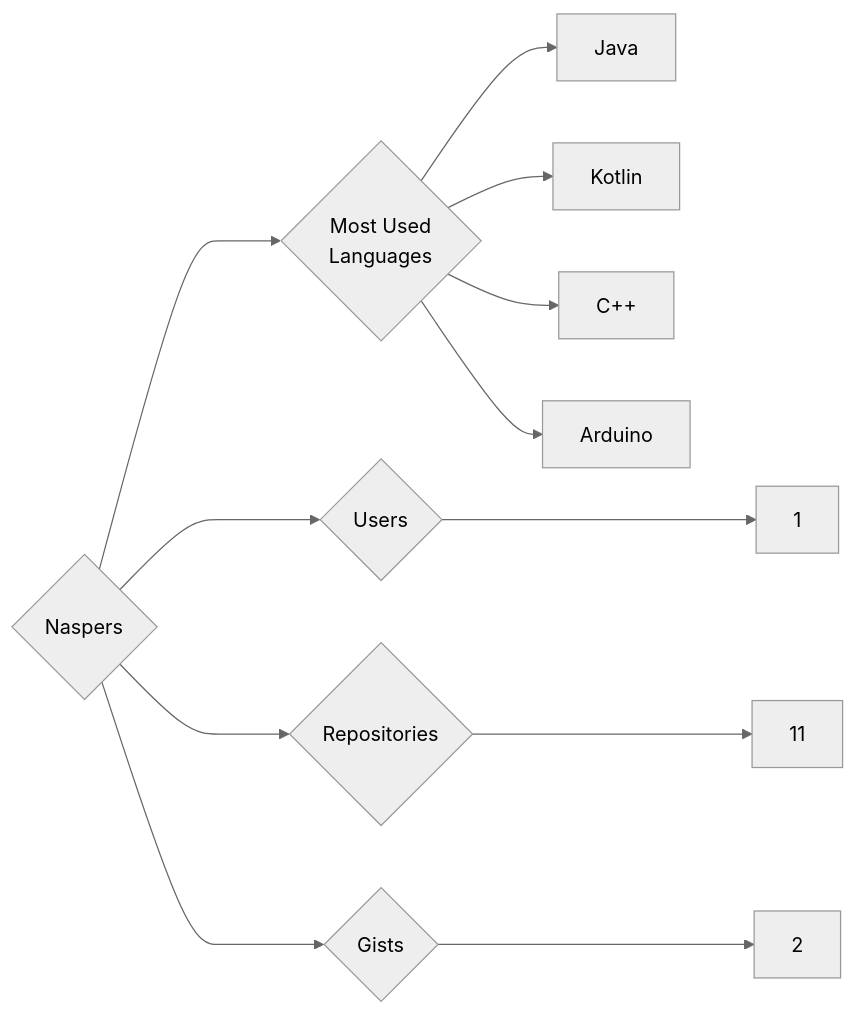
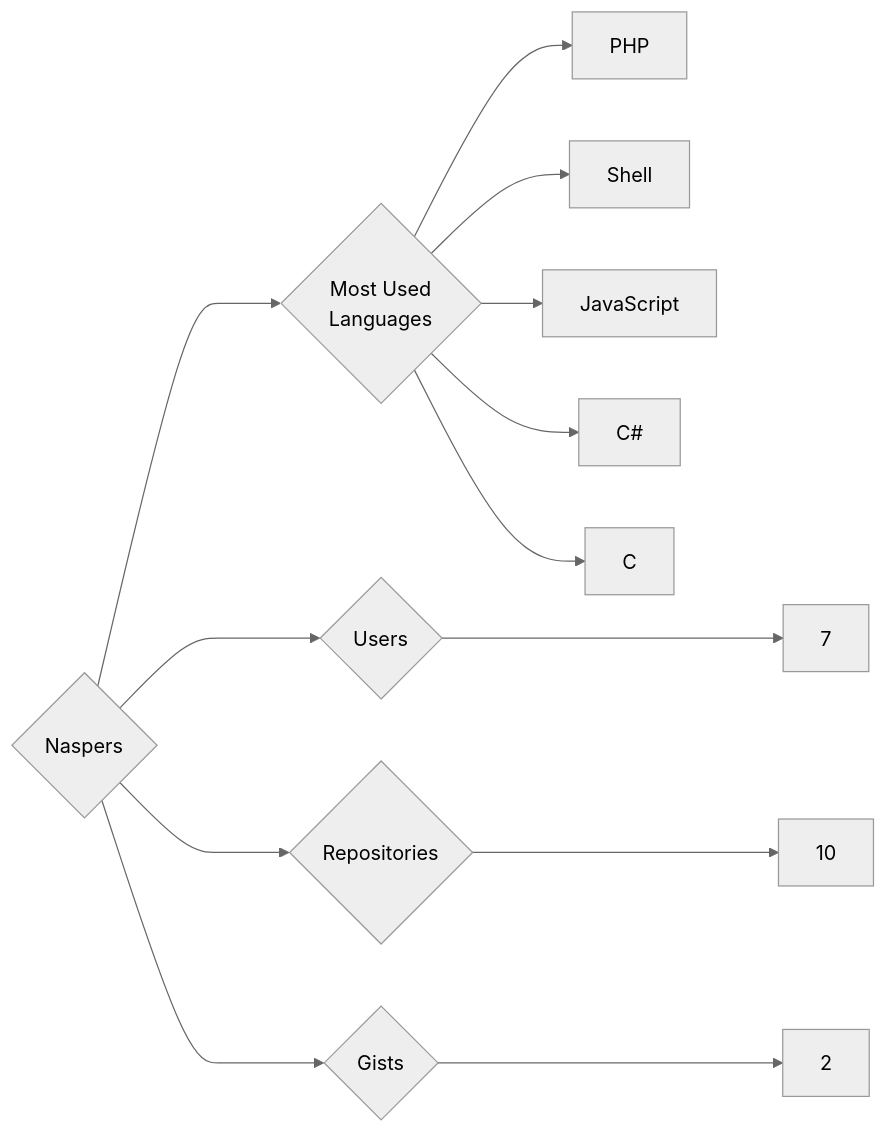
The diagram in targets/Naspers/README.md (trickest/insiders), drawn with Mermaid (neutral theme) before and after one commit. The commit also changed 955 other files, not shown here.

````diff
--- a/targets/Naspers/README.md
+++ b/targets/Naspers/README.md
@@ -3,12 +3,13 @@
 ```mermaid
 graph LR
 COMPANY_NAME{Naspers}
-COMPANY_NAME ---> U{Users} ---> UN[1]
-COMPANY_NAME ---> R{Repositories} ---> RN[11]
+COMPANY_NAME ---> U{Users} ---> UN[7]
+COMPANY_NAME ---> R{Repositories} ---> RN[10]
 COMPANY_NAME ---> G{Gists} ---> GN[2]
 COMPANY_NAME ---> ML{Most Used<br>Languages}
-ML --> Java[Java]
-ML --> Kotlin[Kotlin]
-ML --> C++[C++]
-ML --> Arduino[Arduino]
+ML --> PHP[PHP]
+ML --> Shell[Shell]
+ML --> JavaScript[JavaScript]
+ML --> C#[C#]
+ML --> C[C]
 ```
````
